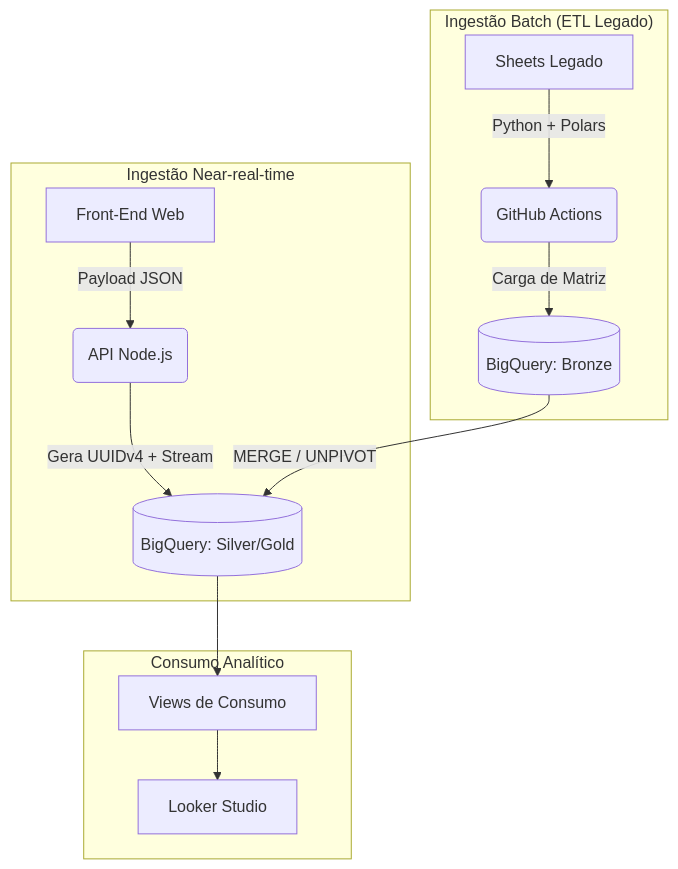
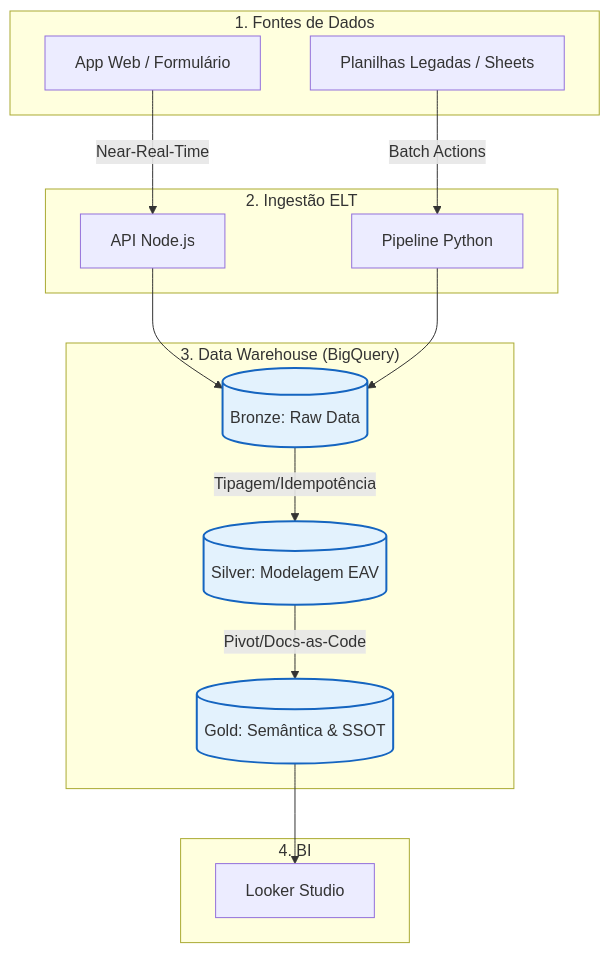
Before and after one commit to qualidadehsr-rgb/auditoria-de-prontuarios: the diagram in README.md, drawn with Mermaid. The commit also changed other lines of this file and 4 other files, not shown here.

````diff
--- a/README.md
+++ b/README.md
@@ -16,18 +16,35 @@
 ```mermaid
 graph TD
-    subgraph "Ingestão Near-real-time"
-        A[Front-End Web] -->|Payload JSON| B(API Node.js)
-        B -->|Gera UUIDv4 + Stream| C[(BigQuery: Silver/Gold)]
+    subgraph "1. Fontes de Dados"
+        A[App Web / Formulário]
+        B[Planilhas Legadas / Sheets]
     end
 
-    subgraph "Ingestão Batch (ETL Legado)"
-        D[Sheets Legado] -->|Python + Polars| E(GitHub Actions)
-        E -->|Carga de Matriz| F[(BigQuery: Bronze)]
-        F -->|MERGE / UNPIVOT| C
+    subgraph "2. Ingestão ELT"
+        C[API Node.js]
+        D[Pipeline Python]
     end
 
-    subgraph "Consumo Analítico"
-        C --> G[Views de Consumo]
-        G --> H[Looker Studio]
+    subgraph "3. Data Warehouse (BigQuery)"
+        E[(Bronze: Raw Data)]
+        F[(Silver: Modelagem EAV)]
+        G[(Gold: Semântica & SSOT)]
     end
+
+    subgraph "4. BI"
+        H[Looker Studio]
+    end
+
+    A -->|Near-Real-Time| C
+    B -->|Batch Actions| D
+    
+    C --> E
+    D --> E
+    
+    E -->|Tipagem/Idempotência| F
+    F -->|Pivot/Docs-as-Code| G
+    G --> H
+    
+    classDef bq fill:#e3f2fd,stroke:#1565c0,stroke-width:2px;
+    class E,F,G bq;
 ```
````
